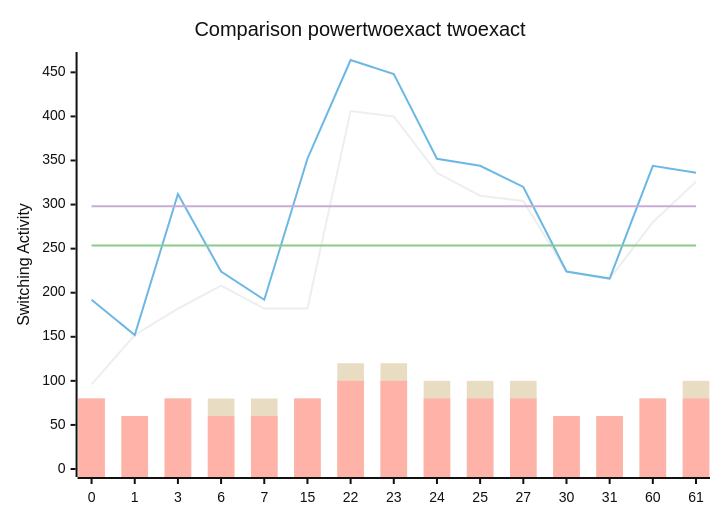
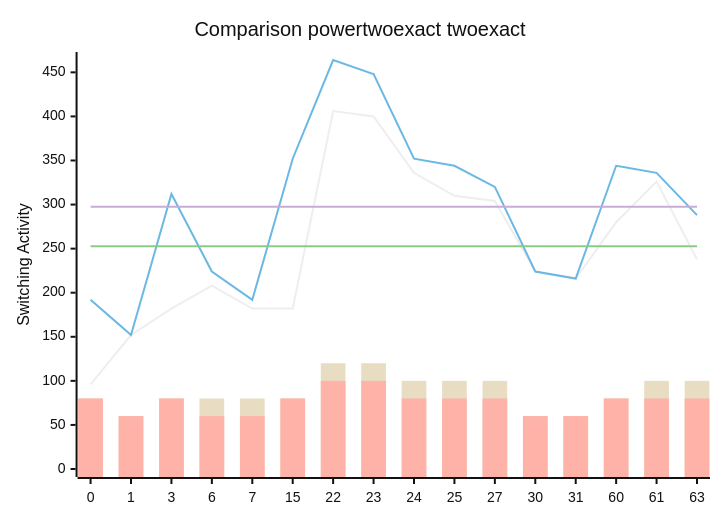
The diagram in benchmark.md (FeldmeierMichael/Exact-Power-Synthesis), drawn with Mermaid (neutral theme) before and after one commit. The commit also changed other lines of this file and 2 other files, not shown here.

````diff
--- a/benchmark.md
+++ b/benchmark.md
@@ -35,12 +37,12 @@
 ```mermaid
 xychart-beta
     title "Comparison powertwoexact twoexact"
-    x-axis [0, 1, 3, 6, 7, 15, 22, 23, 24, 25, 27, 30, 31, 60, 61]
+    x-axis [0, 1, 3, 6, 7, 15, 22, 23, 24, 25, 27, 30, 31, 60, 61, 63]
     y-axis "Switching Activity" 0-->464
-    line [96, 152, 182, 208, 182, 182, 406, 400, 336, 310, 304, 224, 216, 280, 326]
-    line [192, 152, 312, 224, 192, 352, 464, 448, 352, 344, 320, 224, 216, 344, 336]
-    line [253.6, 253.6, 253.6, 253.6, 253.6, 253.6, 253.6, 253.6, 253.6, 253.6, 253.6, 253.6, 253.6, 253.6, 253.6]
-    line [298.1333333333333, 298.1333333333333, 298.1333333333333, 298.1333333333333, 298.1333333333333, 298.1333333333333, 298.1333333333333, 298.1333333333333, 298.1333333333333, 298.1333333333333, 298.1333333333333, 298.1333333333333, 298.1333333333333, 298.1333333333333, 298.1333333333333]
-    bar [80, 60, 80, 80, 80, 80, 120, 120, 100, 100, 100, 60, 60, 80, 100]
-    bar [80, 60, 80, 60, 60, 80, 100, 100, 80, 80, 80, 60, 60, 80, 80]
+    line [96, 152, 182, 208, 182, 182, 406, 400, 336, 310, 304, 224, 216, 280, 326, 238]
+    line [192, 152, 312, 224, 192, 352, 464, 448, 352, 344, 320, 224, 216, 344, 336, 288]
+    line [252.625, 252.625, 252.625, 252.625, 252.625, 252.625, 252.625, 252.625, 252.625, 252.625, 252.625, 252.625, 252.625, 252.625, 252.625, 252.625]
+    line [297.5, 297.5, 297.5, 297.5, 297.5, 297.5, 297.5, 297.5, 297.5, 297.5, 297.5, 297.5, 297.5, 297.5, 297.5, 297.5]
+    bar [80, 60, 80, 80, 80, 80, 120, 120, 100, 100, 100, 60, 60, 80, 100, 100]
+    bar [80, 60, 80, 60, 60, 80, 100, 100, 80, 80, 80, 60, 60, 80, 80, 80]
 ```
````
